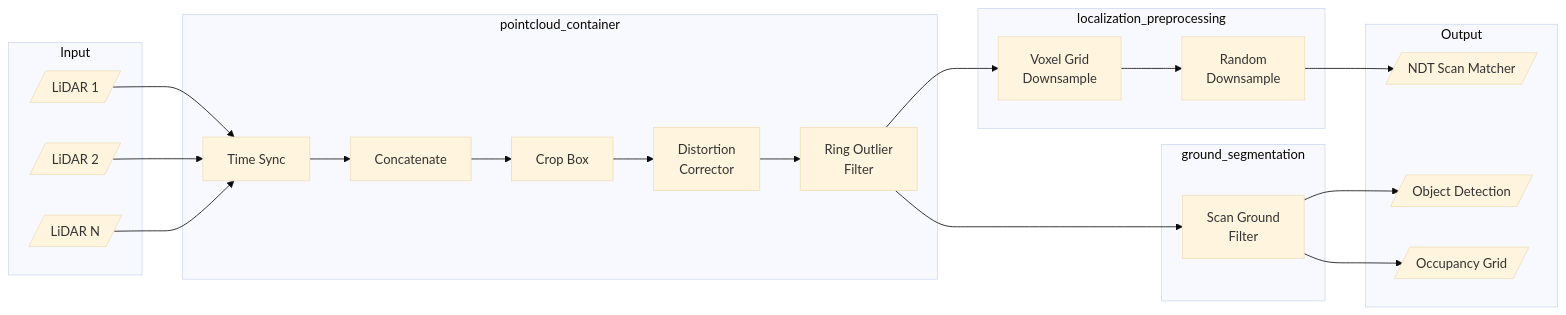
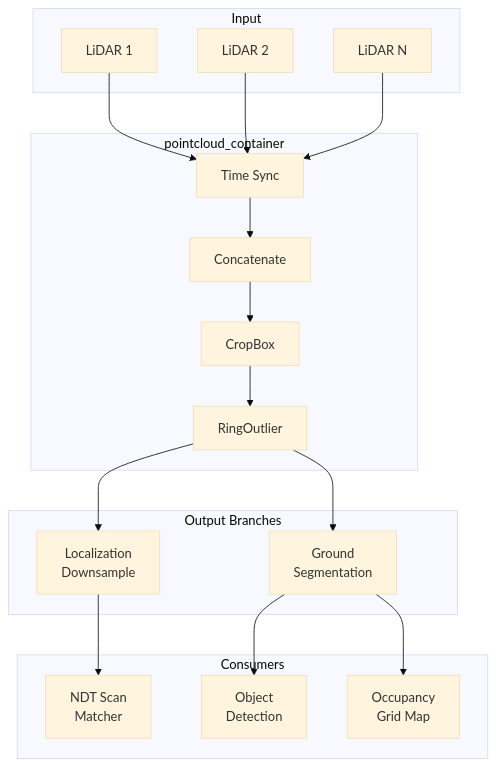
One commit to youtalk/autoware_universe changed diagram 16 of 20 in docs/launch-architecture.md. Above: the diagram before and after it, drawn with Mermaid (base theme). The commit also changed other lines of this file, not shown here.

````diff
--- a/docs/launch-architecture.md
+++ b/docs/launch-architecture.md
@@ -339,48 +356,32 @@
 ```mermaid
-flowchart LR
-    subgraph Input
-        LIDAR1[/LiDAR 1/]
-        LIDAR2[/LiDAR 2/]
-        LIDAR3[/LiDAR N/]
+graph TB
+    subgraph input["Input"]
+        L1[LiDAR 1]
+        L2[LiDAR 2]
+        L3[LiDAR N]
     end
 
-    subgraph pointcloud_container
+    subgraph preprocessing["pointcloud_container"]
         SYNC[Time Sync]
         CONCAT[Concatenate]
-        CROP[Crop Box]
-        DISTORT[Distortion<br/>Corrector]
-        RING[Ring Outlier<br/>Filter]
+        CROP[CropBox]
+        RING[RingOutlier]
     end
 
-    subgraph ground_segmentation
-        GND[Scan Ground<br/>Filter]
+    subgraph output["Output Branches"]
+        GND[Ground<br/>Segmentation]
+        LOC[Localization<br/>Downsample]
     end
 
-    subgraph localization_preprocessing
-        VOXEL[Voxel Grid<br/>Downsample]
-        RANDOM[Random<br/>Downsample]
+    subgraph consumers["Consumers"]
+        NDT[NDT Scan<br/>Matcher]
+        DET[Object<br/>Detection]
+        OGM[Occupancy<br/>Grid Map]
     end
 
-    subgraph Output
-        NDT[/NDT Scan Matcher/]
-        DETECT[/Object Detection/]
-        OGM[/Occupancy Grid/]
-    end
+    L1 & L2 & L3 --> SYNC
+    SYNC --> CONCAT --> CROP --> RING
 
-    LIDAR1 --> SYNC
-    LIDAR2 --> SYNC
-    LIDAR3 --> SYNC
-    SYNC --> CONCAT
-    CONCAT --> CROP
-    CROP --> DISTORT
-    DISTORT --> RING
-
-    RING --> GND
-    RING --> VOXEL
-
-    GND --> DETECT
-    GND --> OGM
-
-    VOXEL --> RANDOM
-    RANDOM --> NDT
+    RING --> GND --> DET & OGM
+    RING --> LOC --> NDT
 ```
````
